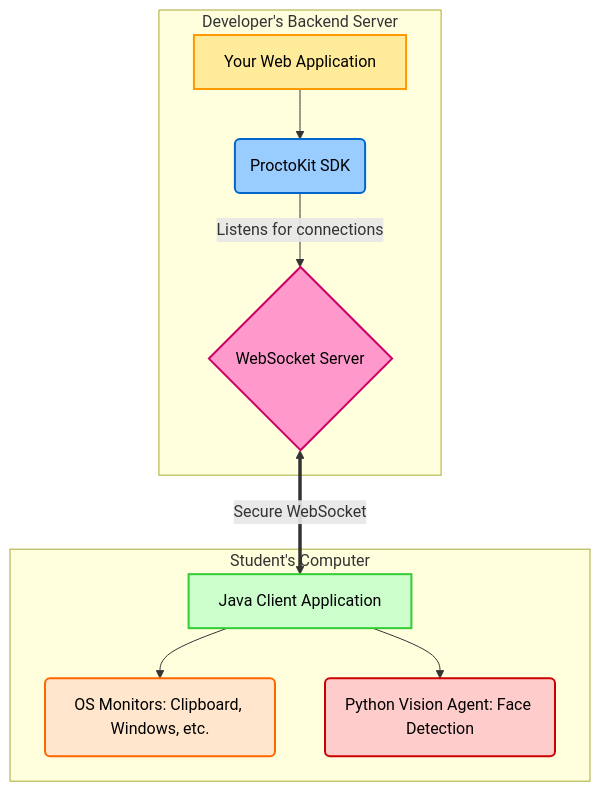
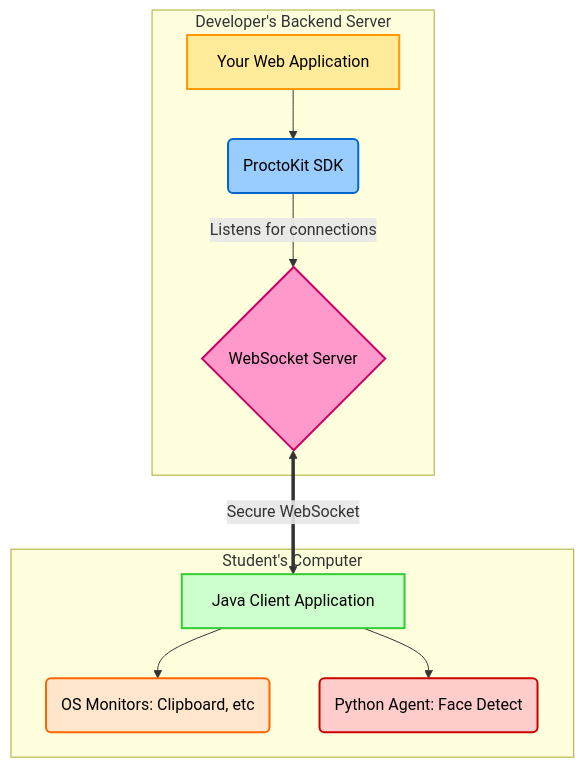
The diagram in README.md (Kamalesh0111/ProctoKit-proctoring-library), drawn with Mermaid before and after one commit.

````diff
--- a/README.md
+++ b/README.md
@@ -52,21 +52,21 @@
 ```mermaid
 graph TD
     subgraph "Developer's Backend Server"
         A[Your Web Application] --> B(ProctoKit SDK);
         B -- Listens for connections --> C{WebSocket Server};
     end
 
     subgraph "Student's Computer"
-        E[Java Client Application] --> F(OS Monitors: Clipboard, Windows, etc.);
-        E --> G(Python Vision Agent: Face Detection);
+        E[Java Client Application] --> F(OS Monitors: Clipboard, etc);
+        E --> G(Python Agent: Face Detect);
     end
 
     C <== Secure WebSocket ==> E;
 
     style A fill:#ffeb99,stroke:#ff9900,stroke-width:2px,color:#000000
     style B fill:#99ccff,stroke:#0066cc,stroke-width:2px,color:#000000
     style C fill:#ff99cc,stroke:#cc0066,stroke-width:2px,color:#000000
     style E fill:#ccffcc,stroke:#33cc33,stroke-width:2px,color:#000000
     style F fill:#ffe6cc,stroke:#ff6600,stroke-width:2px,color:#000000
     style G fill:#ffcccc,stroke:#cc0000,stroke-width:2px,color:#000000
 ```
````
